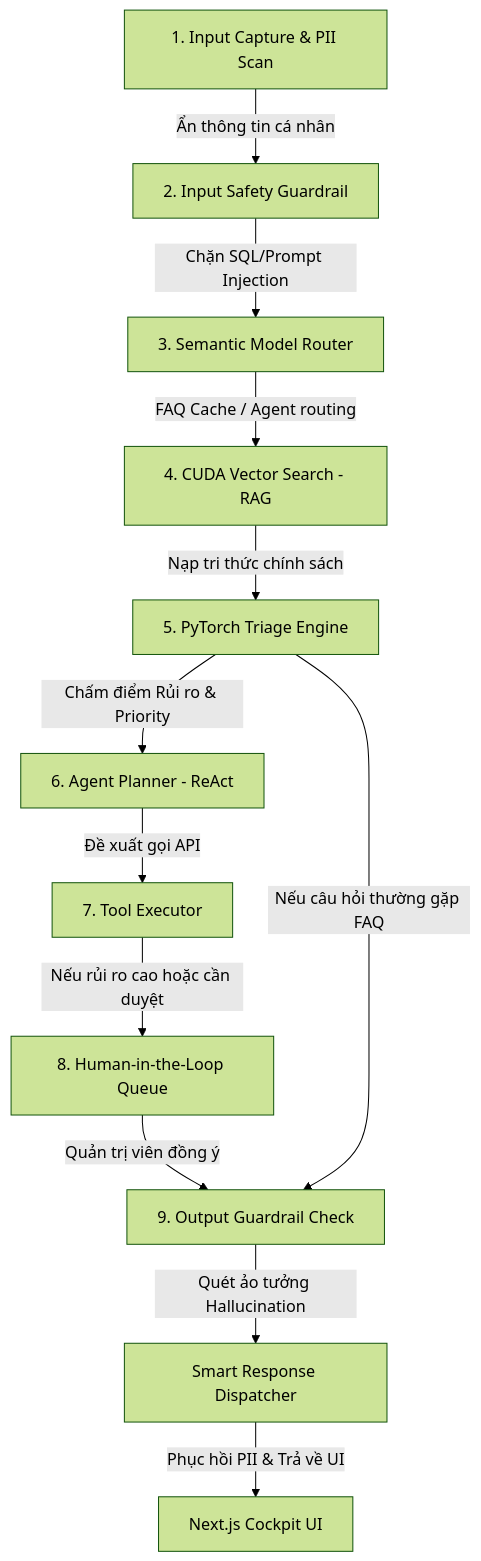
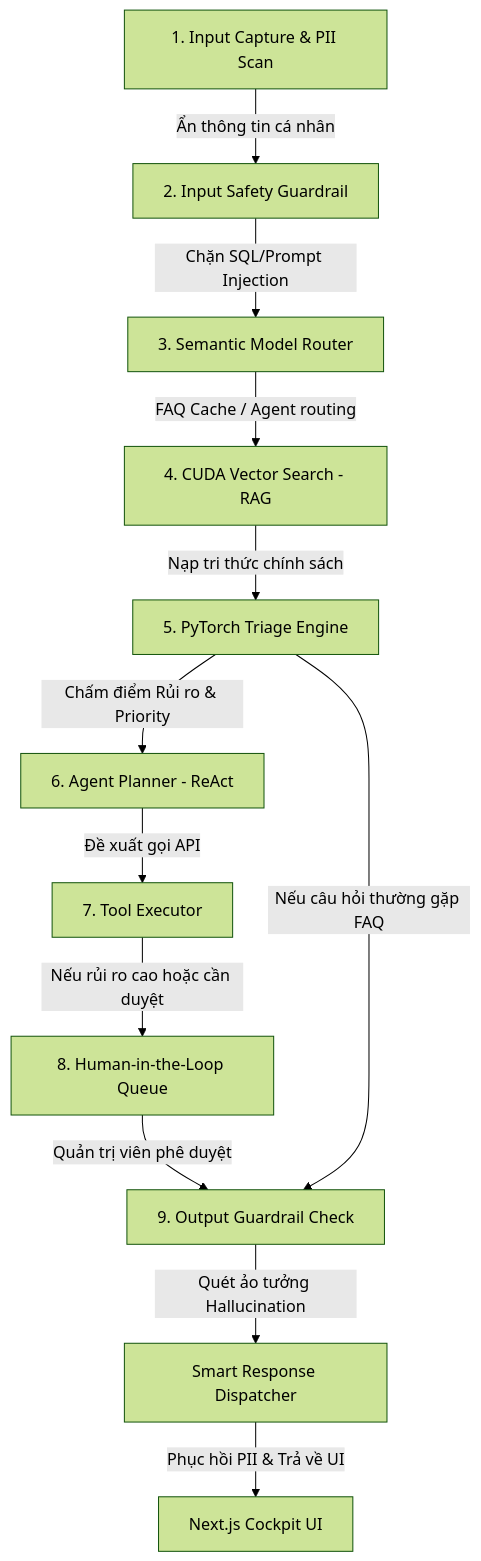
One commit to KhaiHASO/vietnam-ai-challenge-2026 changed the diagram in README.md. Above: the diagram before and after it, drawn with Mermaid (forest theme). The commit also changed other lines of this file and 27 other files, not shown here.

````diff
--- a/README.md
+++ b/README.md
@@ -17,14 +57,14 @@
 ```mermaid
 graph TD
     A[1. Input Capture & PII Scan] -->|Ẩn thông tin cá nhân| B[2. Input Safety Guardrail]
     B -->|Chặn SQL/Prompt Injection| C[3. Semantic Model Router]
     C -->|FAQ Cache / Agent routing| D[4. CUDA Vector Search - RAG]
     D -->|Nạp tri thức chính sách| E[5. PyTorch Triage Engine]
     E -->|Chấm điểm Rủi ro & Priority| F[6. Agent Planner - ReAct]
     F -->|Đề xuất gọi API| G[7. Tool Executor]
     G -->|Nếu rủi ro cao hoặc cần duyệt| H[8. Human-in-the-Loop Queue]
-    H -->|Quản trị viên đồng ý| I[9. Output Guardrail Check]
+    H -->|Quản trị viên phê duyệt| I[9. Output Guardrail Check]
     E -->|Nếu câu hỏi thường gặp FAQ| I
     I -->|Quét ảo tưởng Hallucination| J[Smart Response Dispatcher]
     J -->|Phục hồi PII & Trả về UI| UI[Next.js Cockpit UI]
 ```
````
